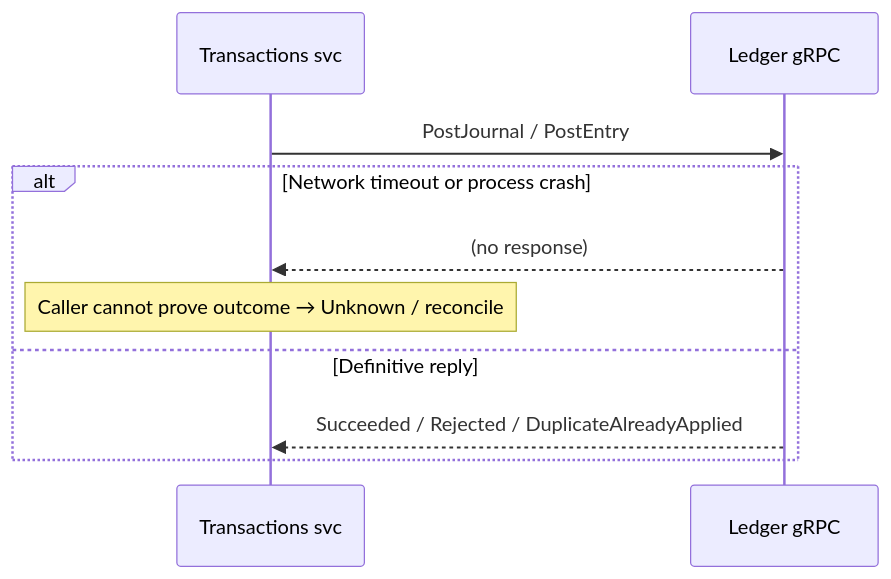
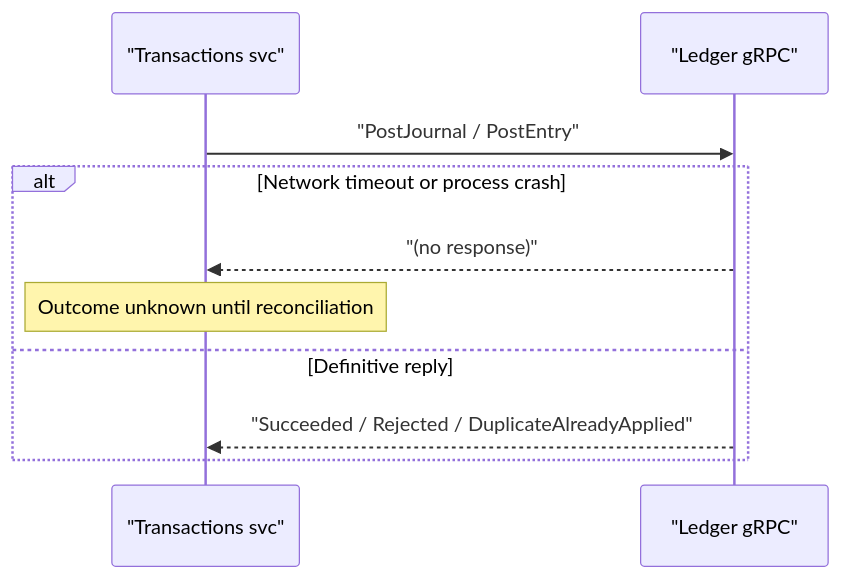
One commit to anstwechy/mitf_wallet_public_docs changed the second of 2 diagrams in docs/architecture/outbox-and-ledger-consistency.md. Above: the diagram before and after it, drawn with Mermaid. The commit also changed other lines of this file, not shown here.

Commit message:
fix(docs): fix Mermaid sequence diagrams (quoted multi-word actors)

````diff
--- a/docs/architecture/outbox-and-ledger-consistency.md
+++ b/docs/architecture/outbox-and-ledger-consistency.md
@@ -44,13 +43,13 @@
 ```mermaid
 sequenceDiagram
-  participant T as Transactions svc
-  participant L as Ledger gRPC
+  participant T as "Transactions svc"
+  participant L as "Ledger gRPC"
 
-  T->>L: PostJournal / PostEntry
+  T->>L: "PostJournal / PostEntry"
   alt Network timeout or process crash
-    L-->>T: (no response)
-    Note over T: Caller cannot prove outcome → Unknown / reconcile
+    L-->>T: "(no response)"
+    Note over T: Outcome unknown until reconciliation
   else Definitive reply
-    L-->>T: Succeeded / Rejected / DuplicateAlreadyApplied
+    L-->>T: "Succeeded / Rejected / DuplicateAlreadyApplied"
   end
 ```
````
